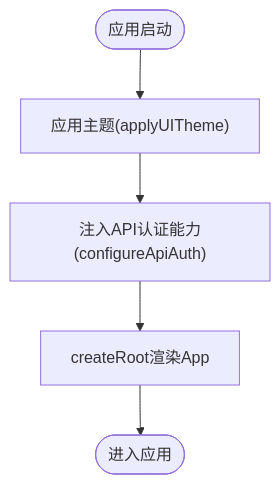
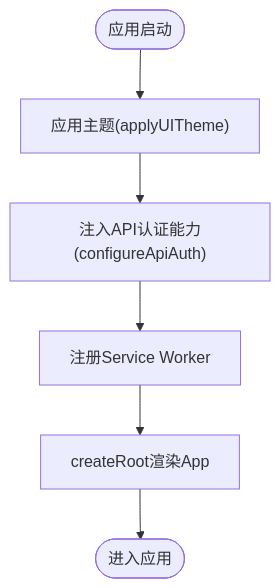
Before and after one commit to dgjin/smart-data-analytics: the third of 9 diagrams in .qoder/repowiki/zh/content/前端应用/应用架构设计.md, drawn with Mermaid. The commit also changed other lines of this file and 146 other files, not shown here.

````diff
--- a/.qoder/repowiki/zh/content/前端应用/应用架构设计.md
+++ b/.qoder/repowiki/zh/content/前端应用/应用架构设计.md
@@ -139,7 +174,8 @@
 ```mermaid
 flowchart TD
 Start(["应用启动"]) --> Theme["应用主题(applyUITheme)"]
 Theme --> AuthInject["注入API认证能力(configureApiAuth)"]
-AuthInject --> Render["createRoot渲染App"]
+AuthInject --> PWARegister["注册Service Worker"]
+PWARegister --> Render["createRoot渲染App"]
 Render --> End(["进入应用"])
 ```
````
